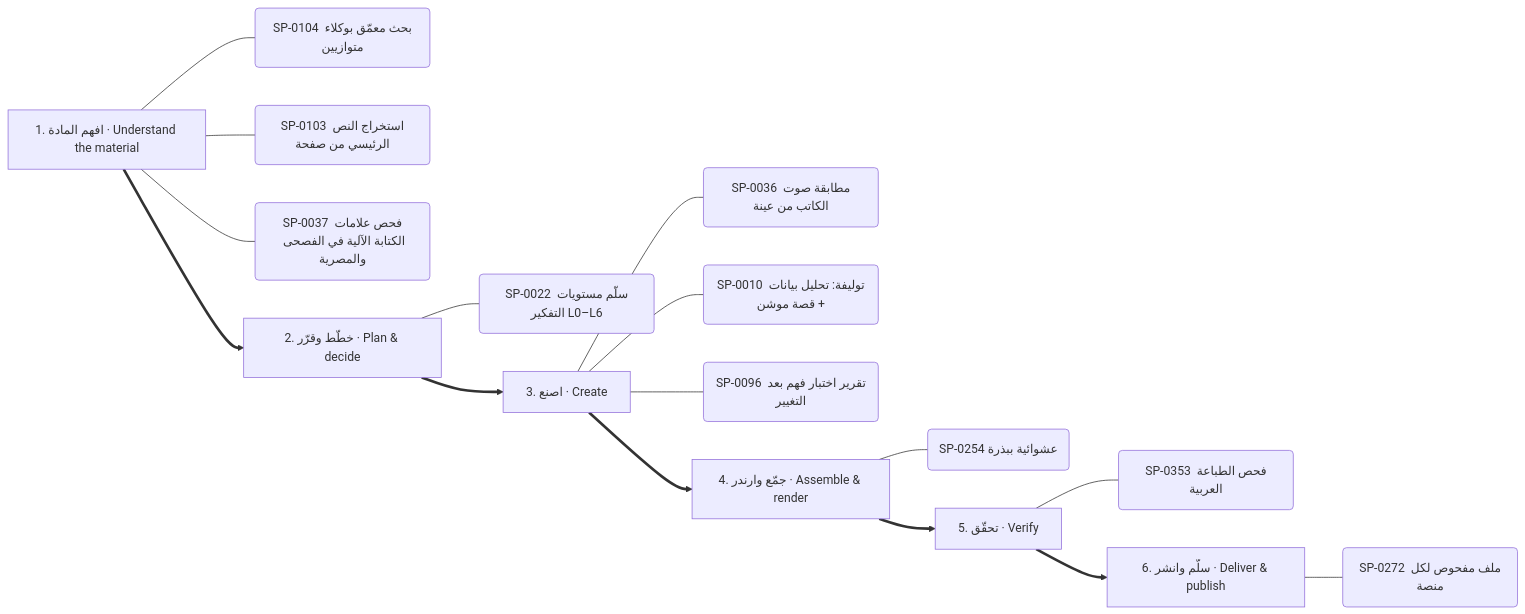
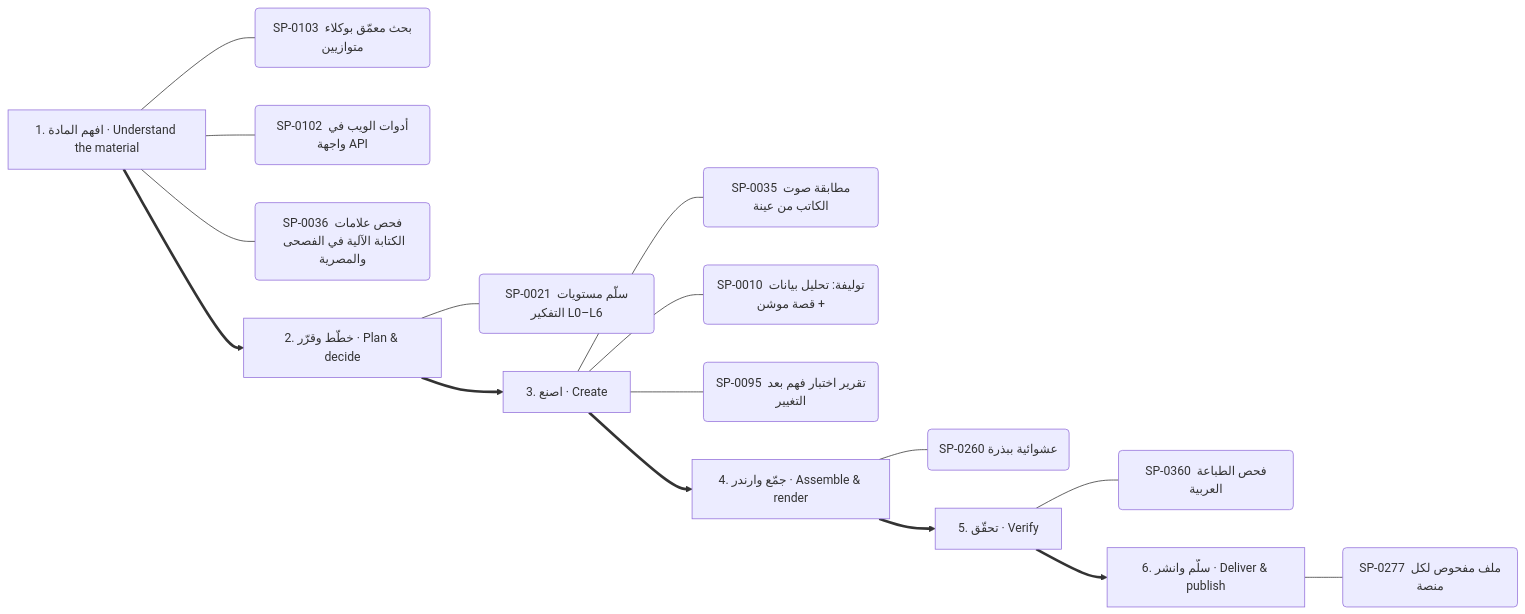
Diagram 13 of 13 in .claude/skills/kosif-superpowers/references/capability-mindmap.md (kosif199022-jpg/kosif-tool), drawn with Mermaid before and after one commit. The commit also changed other lines of this file and 146 other files, not shown here.

````diff
--- a/.claude/skills/kosif-superpowers/references/capability-mindmap.md
+++ b/.claude/skills/kosif-superpowers/references/capability-mindmap.md
@@ -637,24 +637,24 @@
 ```mermaid
 flowchart LR
   S0["1. افهم المادة · Understand the material"]
-  S0 --- S0_0("SP-0104 بحث معمّق بوكلاء متوازيين")
-  S0 --- S0_1("SP-0103 استخراج النص الرئيسي من صفحة")
-  S0 --- S0_2("SP-0037 فحص علامات الكتابة الآلية في الفصحى والمصرية")
+  S0 --- S0_0("SP-0103 بحث معمّق بوكلاء متوازيين")
+  S0 --- S0_1("SP-0102 أدوات الويب في واجهة API")
+  S0 --- S0_2("SP-0036 فحص علامات الكتابة الآلية في الفصحى والمصرية")
   S1["2. خطّط وقرّر · Plan & decide"]
-  S1 --- S1_0("SP-0022 سلّم مستويات التفكير L0–L6")
+  S1 --- S1_0("SP-0021 سلّم مستويات التفكير L0–L6")
   S0 ==> S1
   S2["3. اصنع · Create"]
-  S2 --- S2_0("SP-0036 مطابقة صوت الكاتب من عينة")
+  S2 --- S2_0("SP-0035 مطابقة صوت الكاتب من عينة")
   S2 --- S2_1("SP-0010 توليفة: تحليل بيانات + قصة موشن")
-  S2 --- S2_2("SP-0096 تقرير اختبار فهم بعد التغيير")
+  S2 --- S2_2("SP-0095 تقرير اختبار فهم بعد التغيير")
   S1 ==> S2
   S3["4. جمّع وارندر · Assemble & render"]
-  S3 --- S3_0("SP-0254 عشوائية ببذرة")
+  S3 --- S3_0("SP-0260 عشوائية ببذرة")
   S2 ==> S3
   S4["5. تحقّق · Verify"]
-  S4 --- S4_0("SP-0353 فحص الطباعة العربية")
+  S4 --- S4_0("SP-0360 فحص الطباعة العربية")
   S3 ==> S4
   S5["6. سلّم وانشر · Deliver & publish"]
-  S5 --- S5_0("SP-0272 ملف مفحوص لكل منصة")
+  S5 --- S5_0("SP-0277 ملف مفحوص لكل منصة")
   S4 ==> S5
 ```
````
